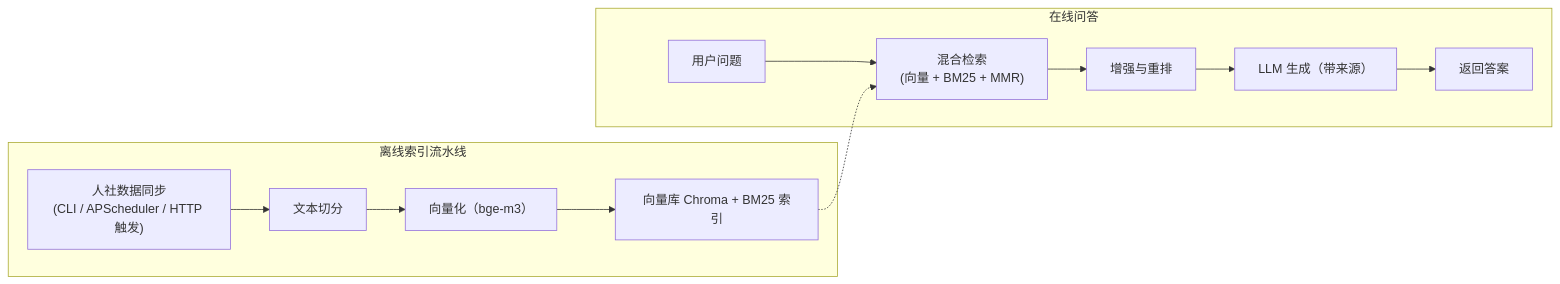
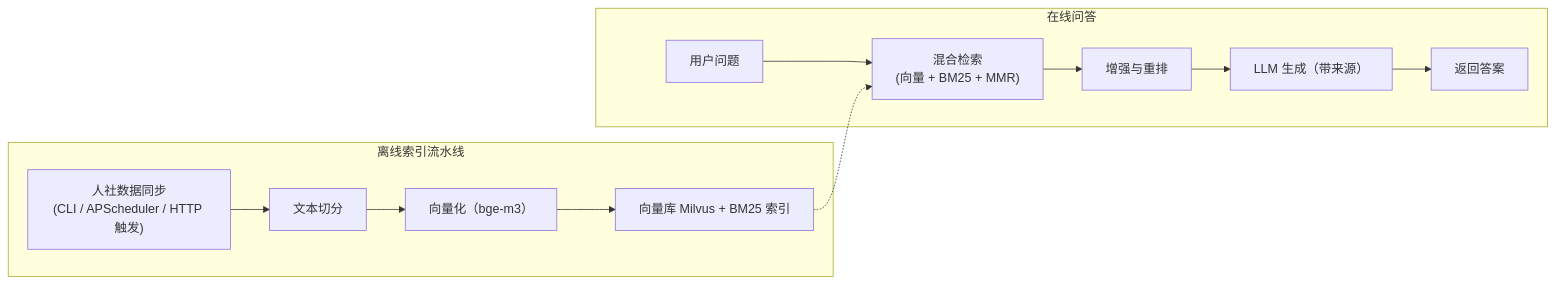
Before and after one commit to chain-engine/x-QingChuan: the third of 3 diagrams in README.md, drawn with Mermaid. The commit also changed other lines of this file and 24 other files, not shown here.

````diff
--- a/README.md
+++ b/README.md
@@ -182,17 +182,17 @@
 ```mermaid
 flowchart LR
     subgraph OFFLINE["离线索引流水线"]
         S1["人社数据同步<br/>(CLI / APScheduler / HTTP 触发)"] --> S2["文本切分"]
         S2 --> S3["向量化（bge-m3）"]
-        S3 --> S4["向量库 Chroma + BM25 索引"]
+        S3 --> S4["向量库 Milvus + BM25 索引"]
     end
 
     subgraph ONLINE["在线问答"]
         Q1["用户问题"] --> Q2["混合检索<br/>(向量 + BM25 + MMR)"]
         Q2 --> Q3["增强与重排"]
         Q3 --> Q4["LLM 生成（带来源）"]
         Q4 --> Q5["返回答案"]
     end
 
     S4 -.-> Q2
 ```
````
